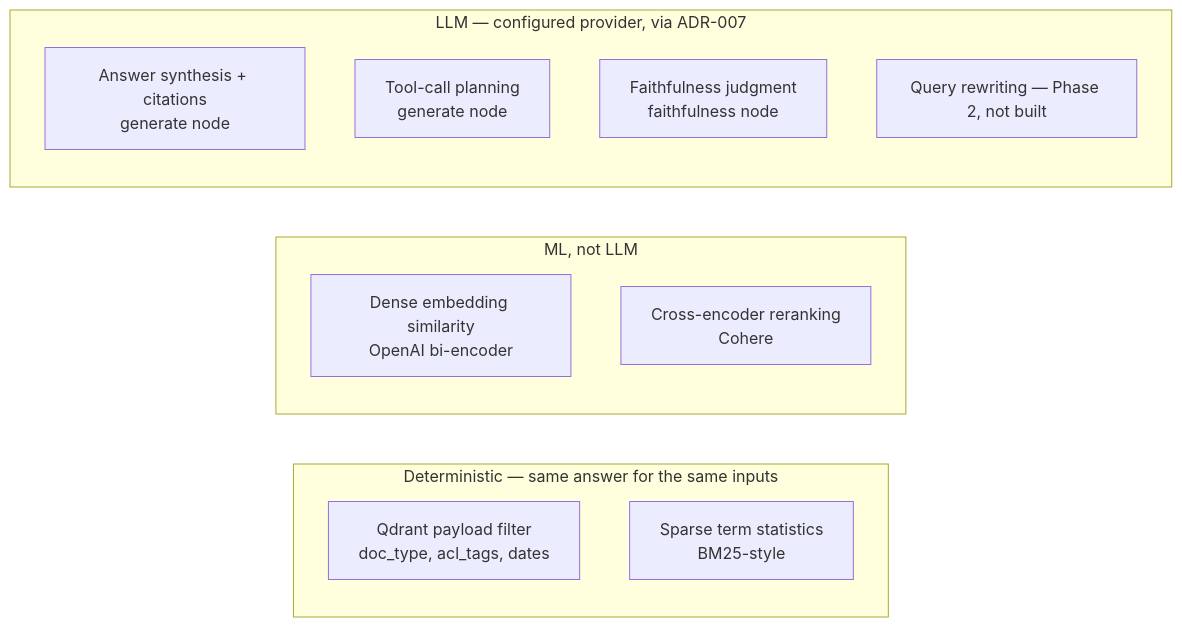
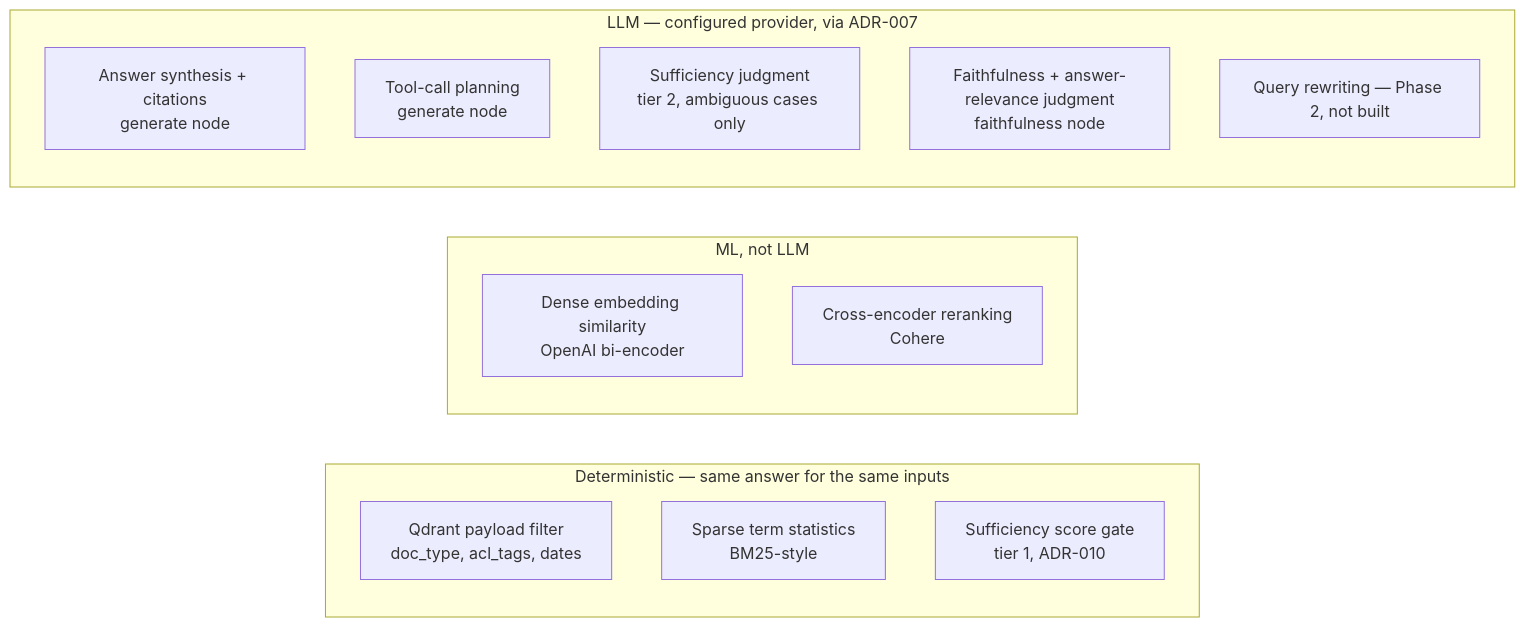
Before and after one commit to rishav91/Grounded-RAG-over-Wikipedia-articles-dataset: the second of 2 diagrams in docs/AI-ARCHITECTURE.md, drawn with Mermaid. The commit also changed other lines of this file and 5 other files, not shown here.

````diff
--- a/docs/AI-ARCHITECTURE.md
+++ b/docs/AI-ARCHITECTURE.md
@@ -85,17 +100,19 @@
 ```mermaid
 flowchart LR
     subgraph DET ["Deterministic — same answer for the same inputs"]
         D1["Qdrant payload filter\ndoc_type, acl_tags, dates"]
         D2["Sparse term statistics\nBM25-style"]
+        D3["Sufficiency score gate\ntier 1, ADR-010"]
     end
     subgraph ML ["ML, not LLM"]
         M1["Dense embedding similarity\nOpenAI bi-encoder"]
         M2["Cross-encoder reranking\nCohere"]
     end
     subgraph LLM ["LLM — configured provider, via ADR-007"]
         L1["Answer synthesis + citations\ngenerate node"]
         L2["Tool-call planning\ngenerate node"]
-        L3["Faithfulness judgment\nfaithfulness node"]
-        L4["Query rewriting — Phase 2, not built"]
+        L3["Sufficiency judgment\ntier 2, ambiguous cases only"]
+        L4["Faithfulness + answer-relevance judgment\nfaithfulness node"]
+        L5["Query rewriting — Phase 2, not built"]
     end
 ```
````
